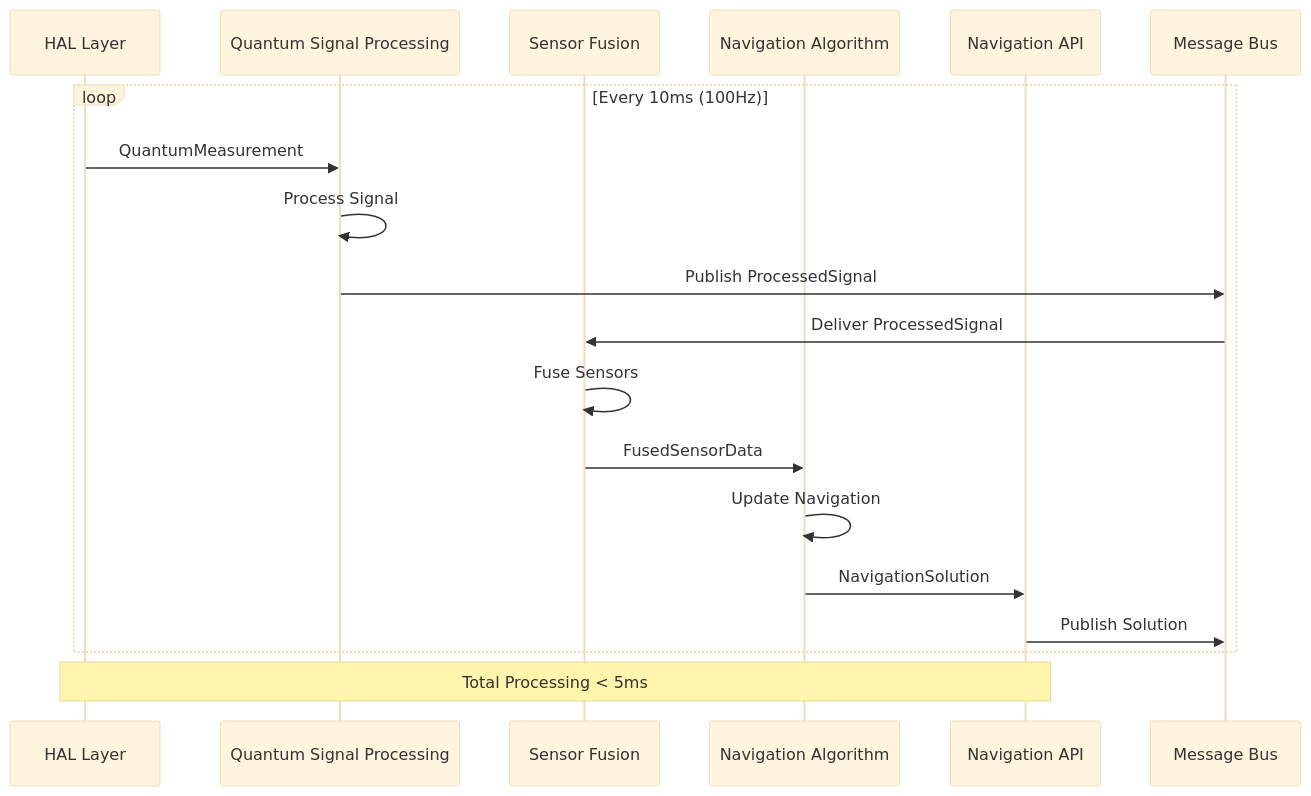
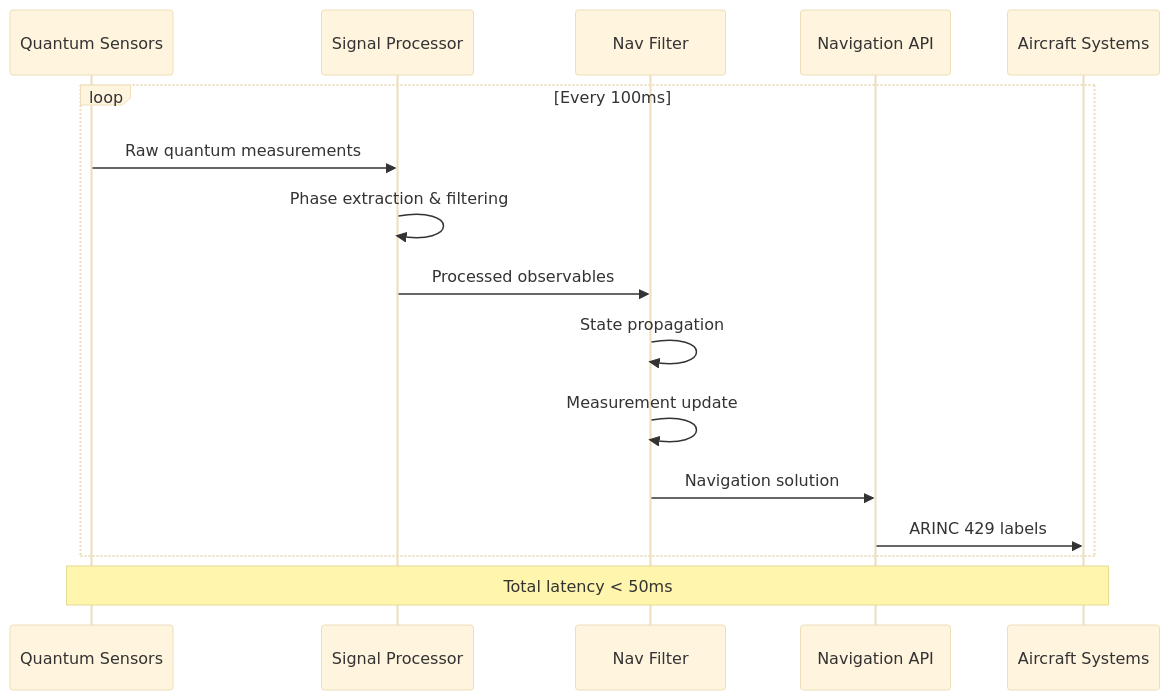
The second of 2 diagrams in PRODUCT_LINES/QUANTUM/QUANTUM_SOFTWARE/DESIGN/QNS_NAVIGATION/DES_TECHNICAL/QUA-QNS01-25SVD0001-DES-BOB-TEC-TD-QCSAA-910-000-00-01-TPL-DES-200-QSTR-v1.0.0.md (Robbbo-T/A-Q-U-A_V), drawn with Mermaid (base theme) before and after one commit. The commit also changed other lines of this file, not shown here.

````diff
--- a/PRODUCT_LINES/QUANTUM/QUANTUM_SOFTWARE/DESIGN/QNS_NAVIGATION/DES_TECHNICAL/QUA-QNS01-25SVD0001-DES-BOB-TEC-TD-QCSAA-910-000-00-01-TPL-DES-200-QSTR-v1.0.0.md
+++ b/PRODUCT_LINES/QUANTUM/QUANTUM_SOFTWARE/DESIGN/QNS_NAVIGATION/DES_TECHNICAL/QUA-QNS01-25SVD0001-DES-BOB-TEC-TD-QCSAA-910-000-00-01-TPL-DES-200-QSTR-v1.0.0.md
@@ -532,23 +372,20 @@
 ```mermaid
 sequenceDiagram
-    participant HAL as HAL Layer
-    participant QSP as Quantum Signal Processing
-    participant FUS as Sensor Fusion
-    participant NAV as Navigation Algorithm
+    participant QS as Quantum Sensors
+    participant SP as Signal Processor
+    participant NF as Nav Filter
     participant API as Navigation API
-    participant BUS as Message Bus
+    participant AC as Aircraft Systems
     
-    loop Every 10ms (100Hz)
-        HAL->>QSP: QuantumMeasurement
-        QSP->>QSP: Process Signal
-        QSP->>BUS: Publish ProcessedSignal
-        BUS->>FUS: Deliver ProcessedSignal
-        FUS->>FUS: Fuse Sensors
-        FUS->>NAV: FusedSensorData
-        NAV->>NAV: Update Navigation
-        NAV->>API: NavigationSolution
-        API->>BUS: Publish Solution
+    loop Every 100ms
+        QS->>SP: Raw quantum measurements
+        SP->>SP: Phase extraction & filtering
+        SP->>NF: Processed observables
+        NF->>NF: State propagation
+        NF->>NF: Measurement update
+        NF->>API: Navigation solution
+        API->>AC: ARINC 429 labels
     end
     
-    Note over HAL,API: Total Processing < 5ms
+    Note over QS,AC: Total latency < 50ms
 ```
````
